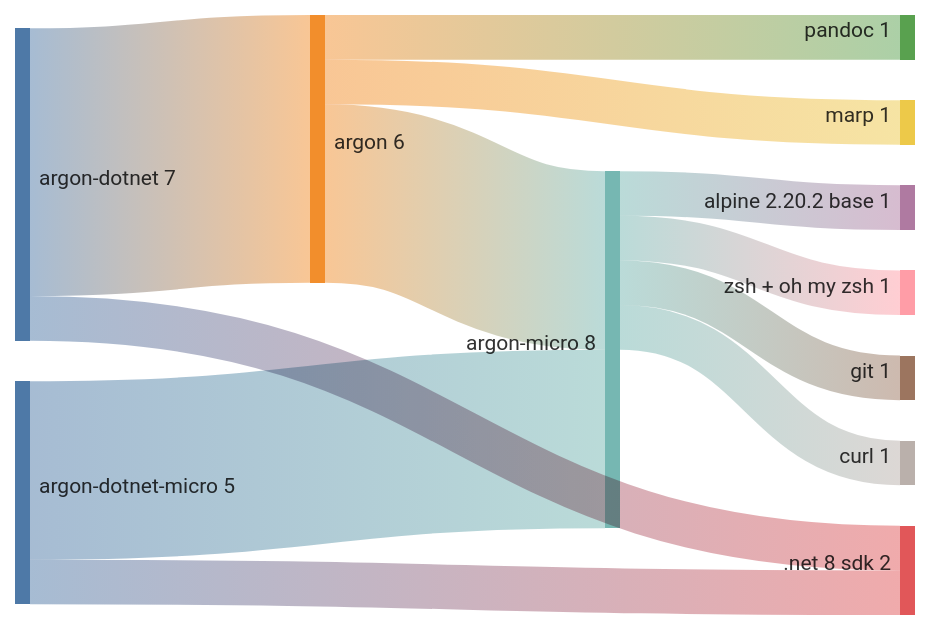
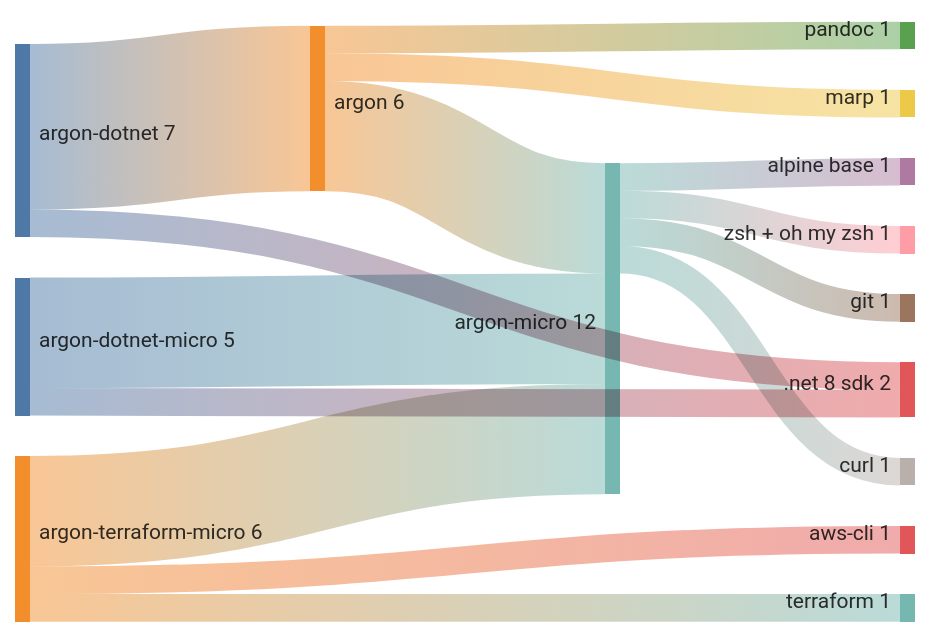
Before and after one commit to PiotrJustyna/argon: the diagram in img/argon-features.md, drawn with Mermaid. The commit also changed 6 other files, not shown here.

Commit message:
argon micro terraform

````diff
--- a/img/argon-features.md
+++ b/img/argon-features.md
@@ -1,18 +1,22 @@
 ```mermaid
 sankey-beta
 
 argon-dotnet,argon,6
 argon-dotnet,.net 8 sdk,1
 
 argon,argon-micro,4
 argon,pandoc,1
 argon,marp,1
 
-argon-micro,alpine 2.20.2 base, 1
+argon-micro,alpine base, 1
 argon-micro,zsh + oh my zsh,1
 argon-micro,git,1
 argon-micro,curl,1
 
 argon-dotnet-micro,.net 8 sdk,1
 argon-dotnet-micro,argon-micro,4
+
+argon-terraform-micro,argon-micro,4
+argon-terraform-micro,aws-cli,1
+argon-terraform-micro,terraform,1
 ```
````
